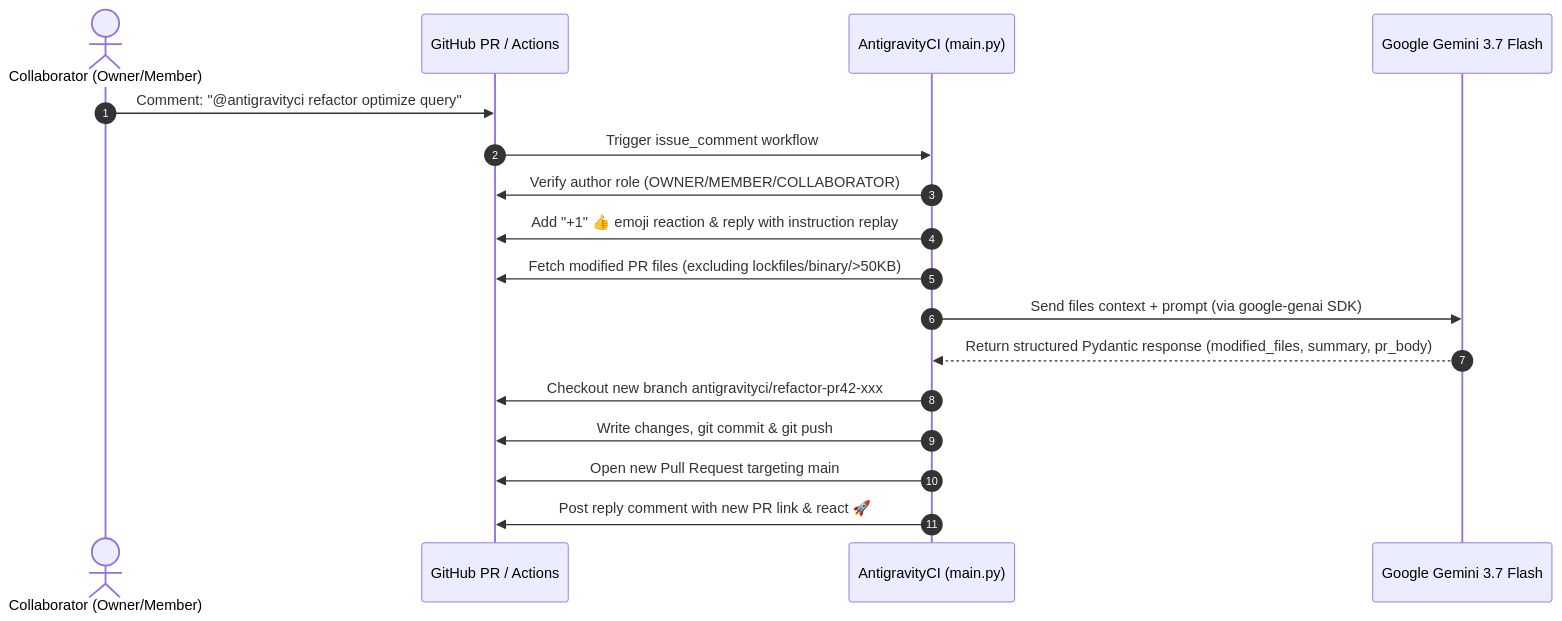
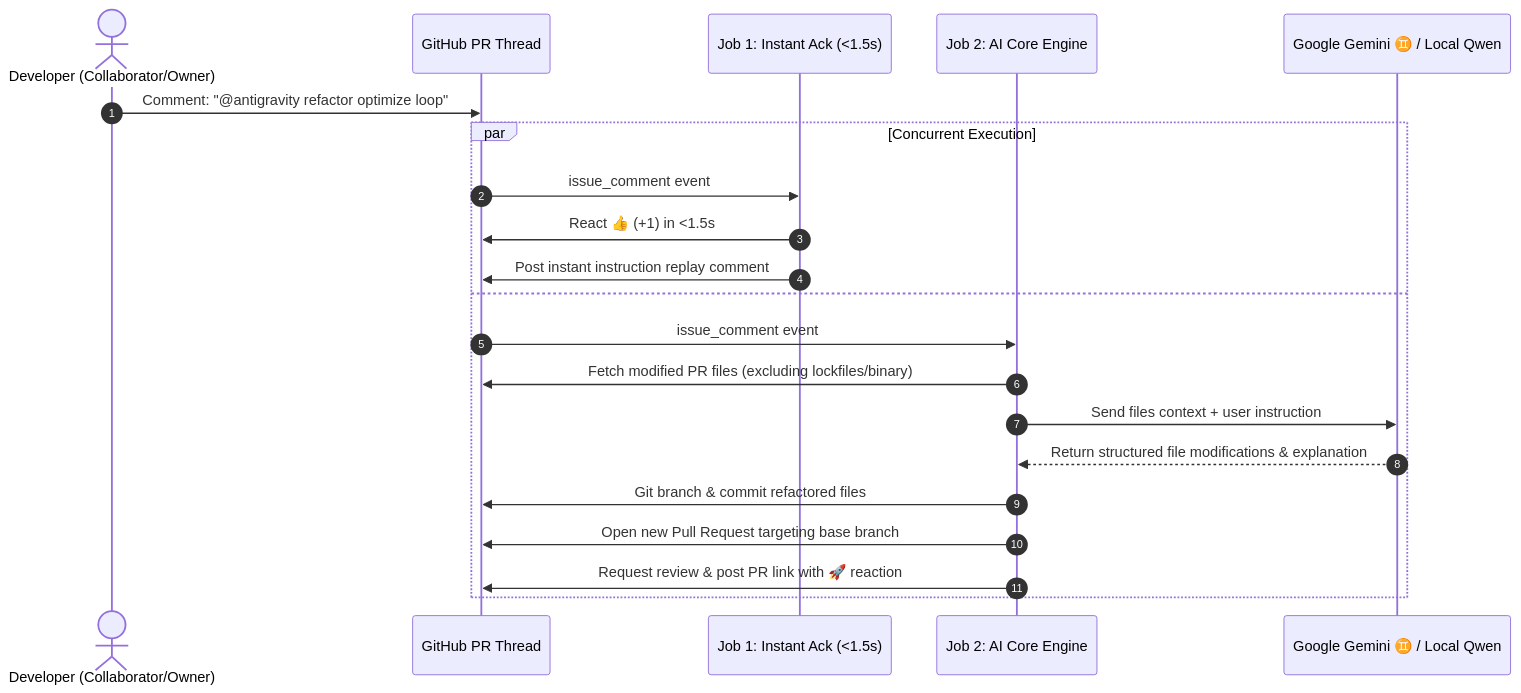
One commit to nivinvysakh/AntigravityCi changed the diagram in README.md. Above: the diagram before and after it, drawn with Mermaid. The commit also changed other lines of this file, not shown here.

Commit message:
docs: add Google Gemini branding badges and modernize README

````diff
--- a/README.md
+++ b/README.md
@@ -195,20 +215,24 @@
 ```mermaid
 sequenceDiagram
     autonumber
-    actor Collaborator as Collaborator (Owner/Member)
-    participant GH as GitHub PR / Actions
-    participant Action as AntigravityCI (main.py)
-    participant Gemini as Google Gemini 3.7 Flash
+    actor Collaborator as Developer (Collaborator/Owner)
+    participant GH as GitHub PR Thread
+    participant AckJob as Job 1: Instant Ack (<1.5s)
+    participant EngineJob as Job 2: AI Core Engine
+    participant LLM as Google Gemini ♊ / Local Qwen
 
-    Collaborator->>GH: Comment: "@antigravityci refactor optimize query"
-    GH->>Action: Trigger issue_comment workflow
-    Action->>GH: Verify author role (OWNER/MEMBER/COLLABORATOR)
-    Action->>GH: Add "+1" 👍 emoji reaction & reply with instruction replay
-    Action->>GH: Fetch modified PR files (excluding lockfiles/binary/>50KB)
-    Action->>Gemini: Send files context + prompt (via google-genai SDK)
-    Gemini-->>Action: Return structured Pydantic response (modified_files, summary, pr_body)
-    Action->>GH: Checkout new branch antigravityci/refactor-pr42-xxx
-    Action->>GH: Write changes, git commit & git push
-    Action->>GH: Open new Pull Request targeting main
-    Action->>GH: Post reply comment with new PR link & react 🚀
+    Collaborator->>GH: Comment: "@antigravity refactor optimize loop"
+    par Concurrent Execution
+        GH->>AckJob: issue_comment event
+        AckJob->>GH: React 👍 (+1) in <1.5s
+        AckJob->>GH: Post instant instruction replay comment
+    and
+        GH->>EngineJob: issue_comment event
+        EngineJob->>GH: Fetch modified PR files (excluding lockfiles/binary)
+        EngineJob->>LLM: Send files context + user instruction
+        LLM-->>EngineJob: Return structured file modifications & explanation
+        EngineJob->>GH: Git branch & commit refactored files
+        EngineJob->>GH: Open new Pull Request targeting base branch
+        EngineJob->>GH: Request review & post PR link with 🚀 reaction
+    end
 ```
````
